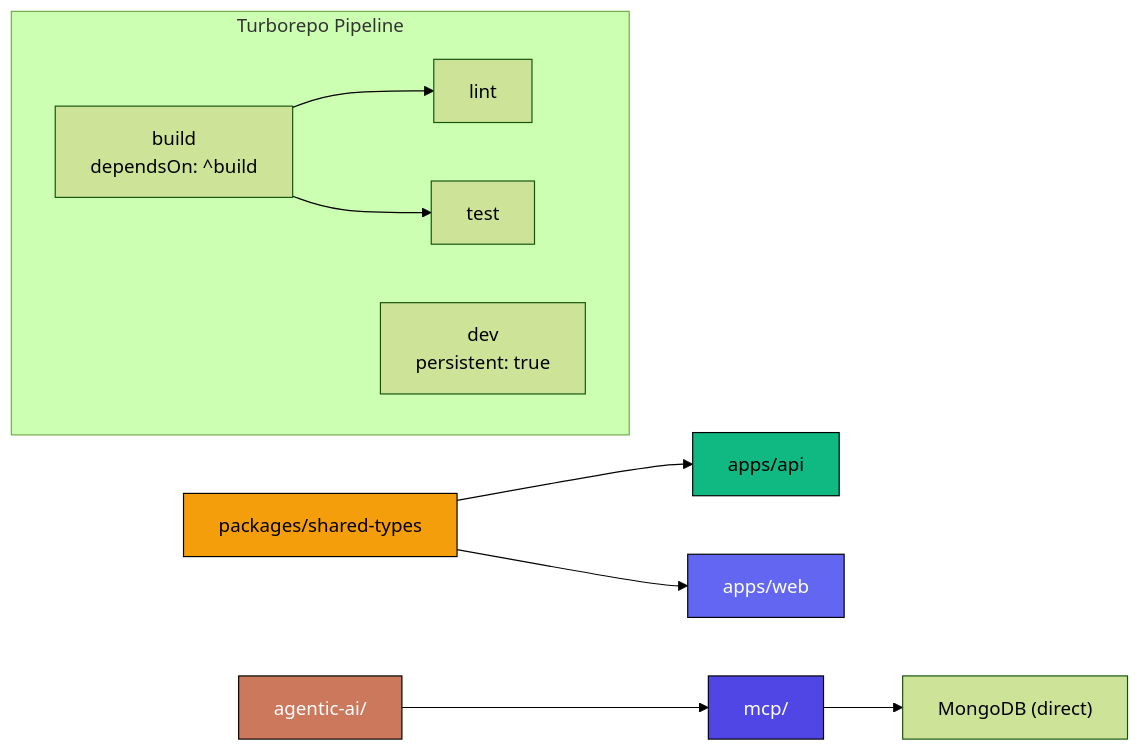
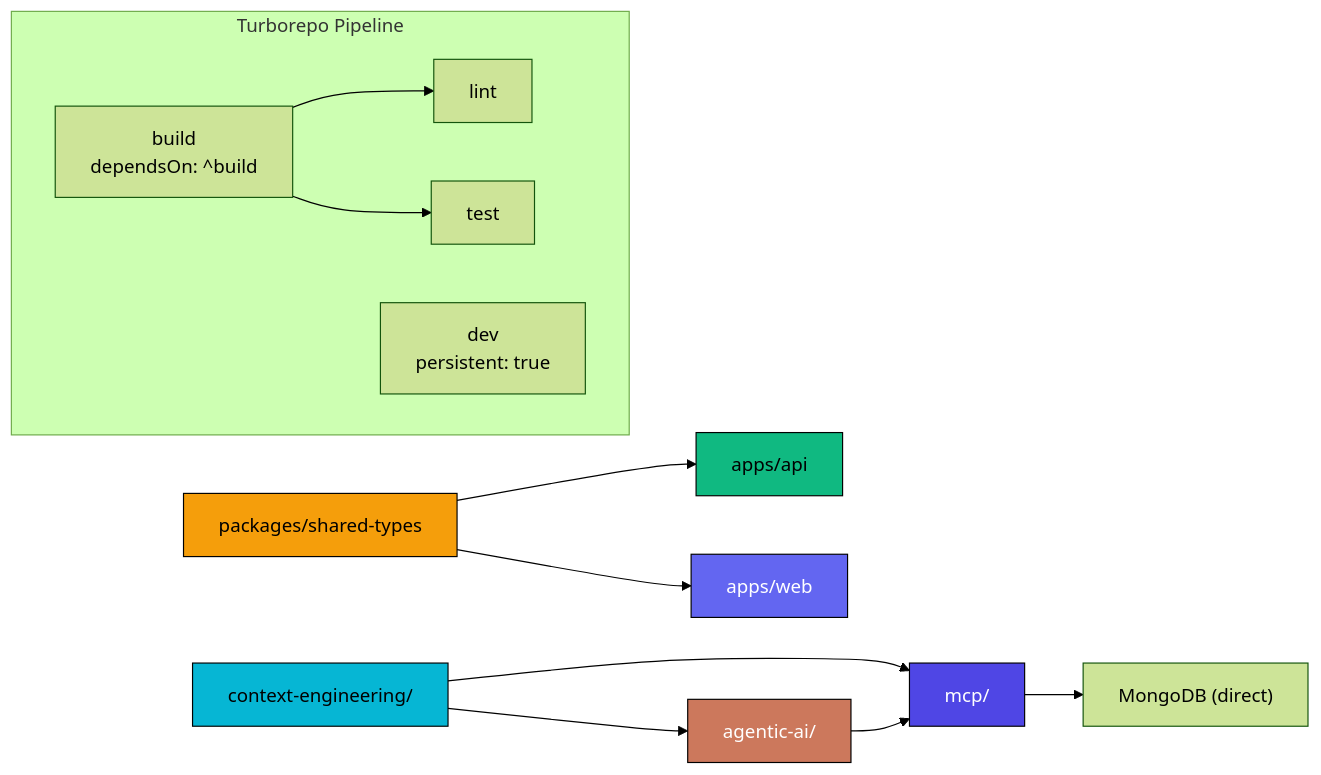
Before and after one commit to hoangsonww/WealthWise-Finance-Tracker: the second of 28 diagrams in ARCHITECTURE.md, drawn with Mermaid (forest theme). The commit also changed other lines of this file and 50 other files, not shown here.

Commit message:
feat(context): enhance context integration for user-specific financial prompts and architecture documentation

````diff
--- a/ARCHITECTURE.md
+++ b/ARCHITECTURE.md
@@ -184,20 +200,23 @@
 ```mermaid
 graph LR
     ST["packages/shared-types"] --> API["apps/api"]
     ST --> WEB["apps/web"]
+    CE["context-engineering/"] --> MCP_PKG["mcp/"]
+    CE --> AI_PKG["agentic-ai/"]
     MCP_PKG["mcp/"] --> DB_DIRECT["MongoDB (direct)"]
     AI_PKG["agentic-ai/"] --> MCP_PKG
 
     subgraph Turbo["Turborepo Pipeline"]
         direction LR
         Build["build<br/>dependsOn: ^build"] --> Lint["lint"]
         Build --> Test["test"]
         Dev["dev<br/>persistent: true"]
     end
 
     style ST fill:#f59e0b,stroke:#000,color:#000
     style API fill:#10b981,stroke:#000,color:#000
     style WEB fill:#6366f1,stroke:#000,color:#fff
+    style CE fill:#06b6d4,stroke:#000,color:#000
     style MCP_PKG fill:#4f46e5,stroke:#000,color:#fff
     style AI_PKG fill:#cc785c,stroke:#000,color:#fff
 ```
````
